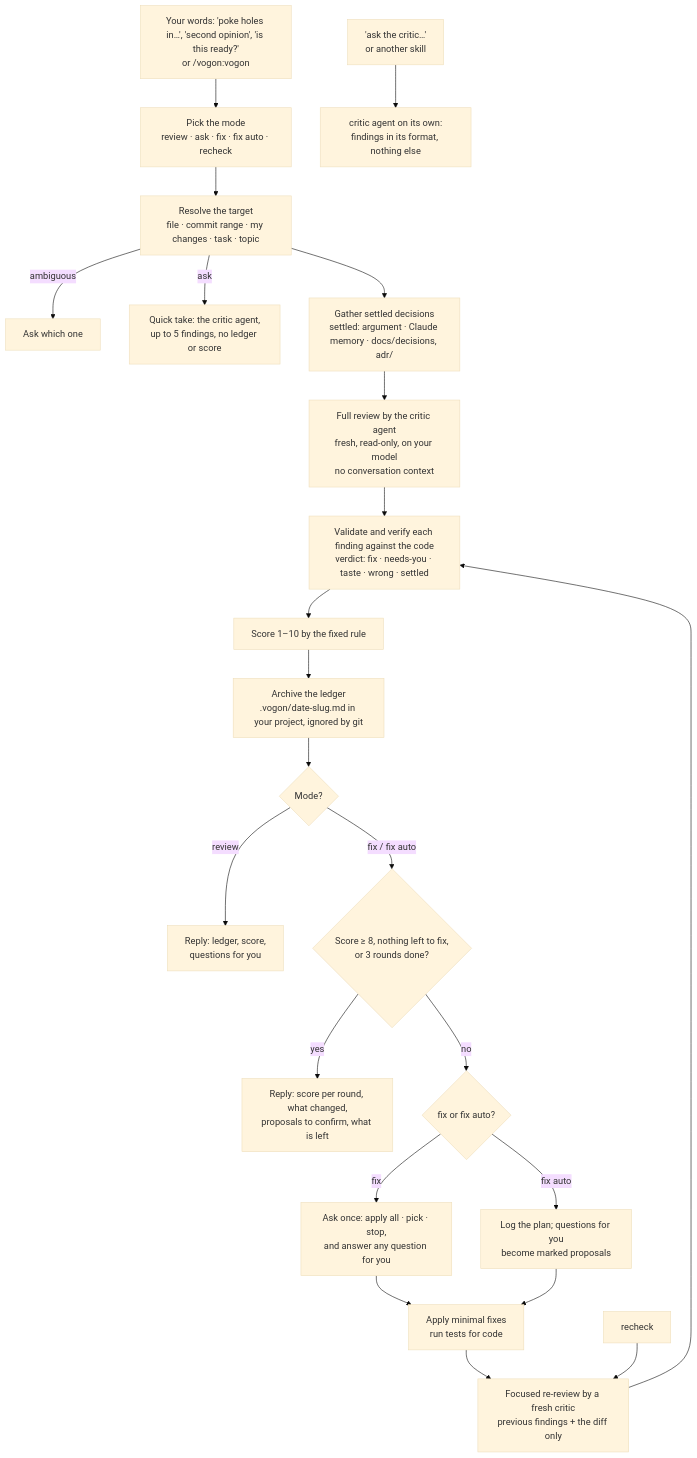
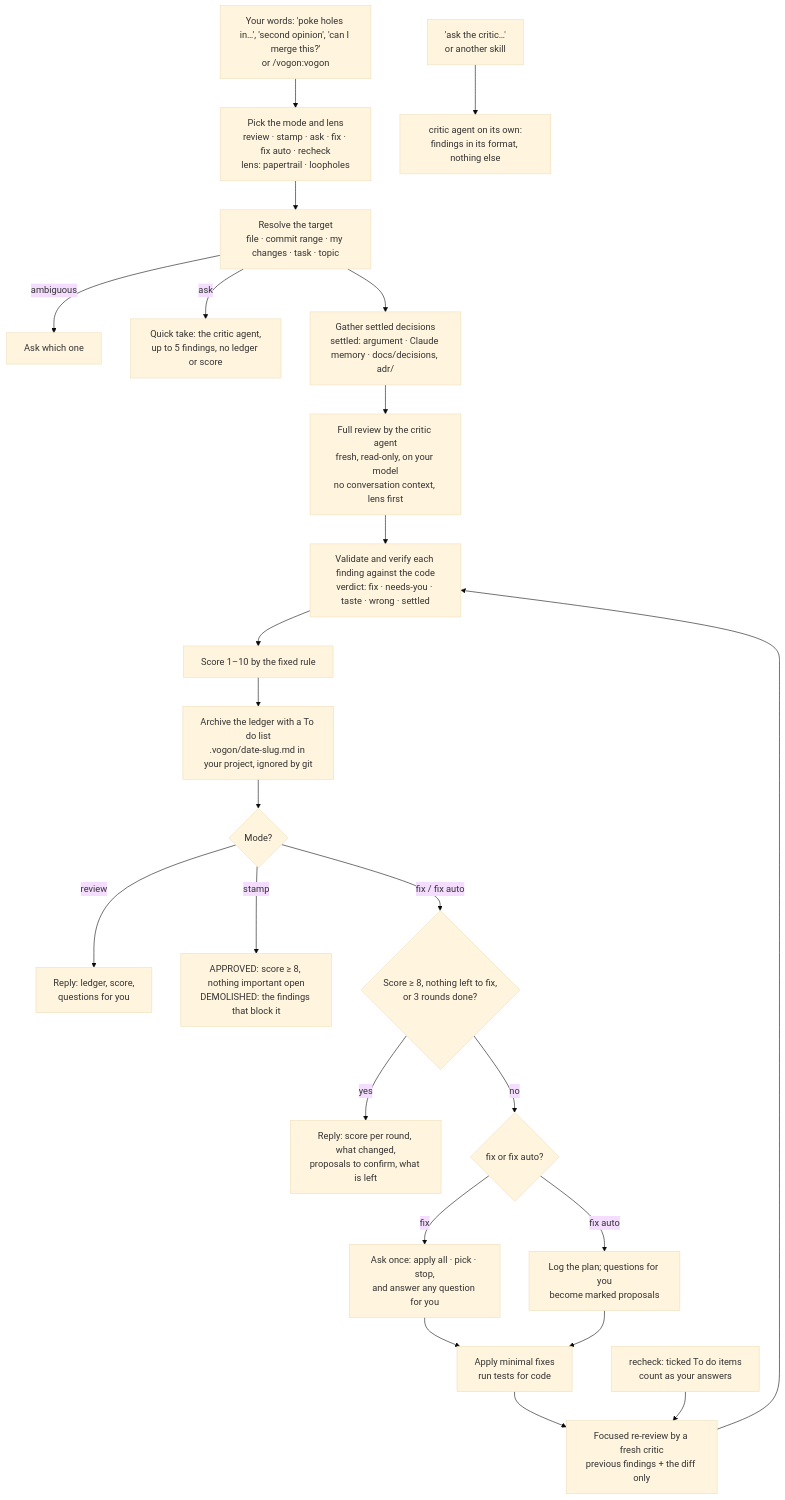
The diagram in README.md (vjfrosty/vogon), drawn with Mermaid (base theme) before and after one commit. The commit also changed other lines of this file and 36 other files, not shown here.

Commit message:
Ask before starting from plain words, add stamp and the papertrail and loopholes lenses under one command, end ledgers with a To do list, refuse ledger overwrites in the hook, and add three test cases

````diff
--- a/README.md
+++ b/README.md
@@ -101,25 +118,26 @@
 ```mermaid
 flowchart TD
-    U["Your words: 'poke holes in…', 'second opinion', 'is this ready?'<br/>or /vogon:vogon"] --> MO["Pick the mode<br/>review · ask · fix · fix auto · recheck"]
+    U["Your words: 'poke holes in…', 'second opinion', 'can I merge this?'<br/>or /vogon:vogon"] --> MO["Pick the mode and lens<br/>review · stamp · ask · fix · fix auto · recheck<br/>lens: papertrail · loopholes"]
     MO --> B["Resolve the target<br/>file · commit range · my changes · task · topic"]
     B -->|ambiguous| ASK1["Ask which one"]
     B -->|ask| QK["Quick take: the critic agent,<br/>up to 5 findings, no ledger or score"]
     B --> C["Gather settled decisions<br/>settled: argument · Claude memory · docs/decisions, adr/"]
-    C --> D["Full review by the critic agent<br/>fresh, read-only, on your model<br/>no conversation context"]
+    C --> D["Full review by the critic agent<br/>fresh, read-only, on your model<br/>no conversation context, lens first"]
     D --> V["Validate and verify each finding against the code<br/>verdict: fix · needs-you · taste · wrong · settled"]
     V --> I["Score 1–10 by the fixed rule"]
-    I --> J["Archive the ledger<br/>.vogon/date-slug.md in your project, ignored by git"]
+    I --> J["Archive the ledger with a To do list<br/>.vogon/date-slug.md in your project, ignored by git"]
     J --> K{"Mode?"}
     K -->|review| R["Reply: ledger, score,<br/>questions for you"]
+    K -->|stamp| ST["APPROVED: score ≥ 8, nothing important open<br/>DEMOLISHED: the findings that block it"]
     K -->|fix / fix auto| L{"Score ≥ 8, nothing left to fix,<br/>or 3 rounds done?"}
     L -->|yes| S["Reply: score per round, what changed,<br/>proposals to confirm, what is left"]
     L -->|no| N{"fix or fix auto?"}
     N -->|fix| O["Ask once: apply all · pick · stop,<br/>and answer any question for you"]
     N -->|fix auto| P["Log the plan; questions for you<br/>become marked proposals"]
     O --> Q["Apply minimal fixes<br/>run tests for code"]
     P --> Q
     Q --> F["Focused re-review by a fresh critic<br/>previous findings + the diff only"]
     F --> V
-    RC["recheck"] --> F
+    RC["recheck: ticked To do items<br/>count as your answers"] --> F
     AG["'ask the critic…'<br/>or another skill"] --> CR["critic agent on its own:<br/>findings in its format, nothing else"]
 ```
````
